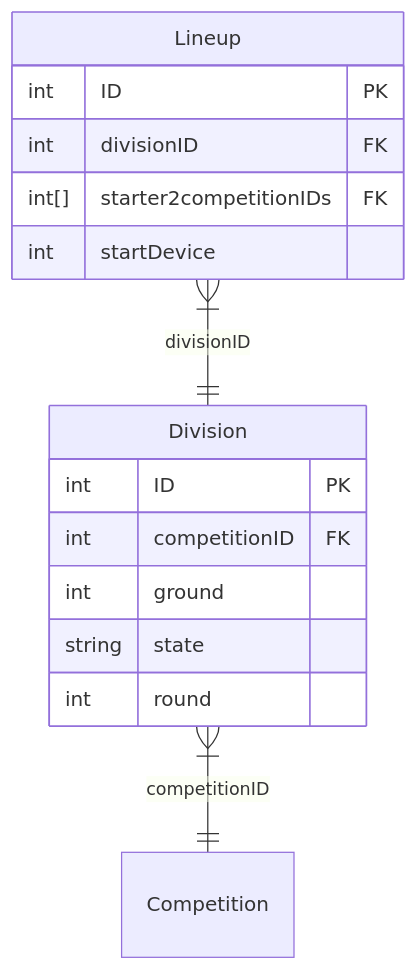
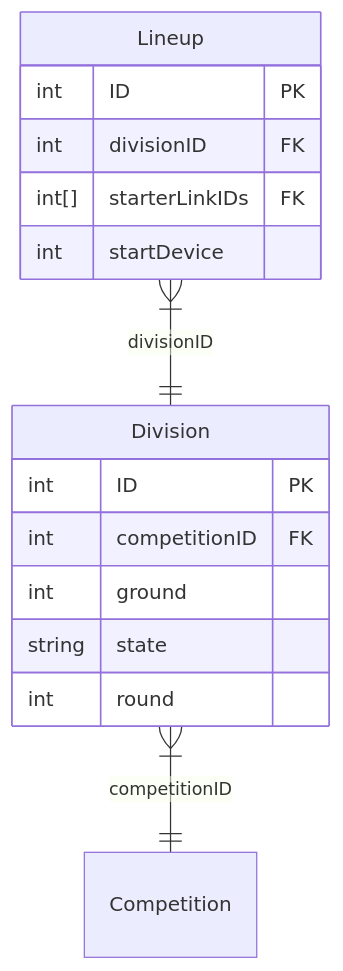
Before and after one commit to mathewmeconry/uteg-v2: the third of 3 diagrams in docs/DatabaseSchema.md, drawn with Mermaid. The commit also changed other lines of this file and 17 other files, not shown here.

Commit message:
fix: renames starter2competition to starterLink

````diff
--- a/docs/DatabaseSchema.md
+++ b/docs/DatabaseSchema.md
@@ -87,21 +87,21 @@
 ```mermaid
 erDiagram
     EGT_Division["Division"] {
         int ID PK
         int competitionID FK
         int ground
         string state
         int round
     }
 
     EGT_Division |{--|| Competition: competitionID
 
     EGT_Lineup["Lineup"] {
         int ID PK
         int divisionID FK
-        int[] starter2competitionIDs FK
+        int[] starterLinkIDs FK
         int startDevice
     }
 
     EGT_Lineup |{--|| EGT_Division: divisionID
 ```
````
